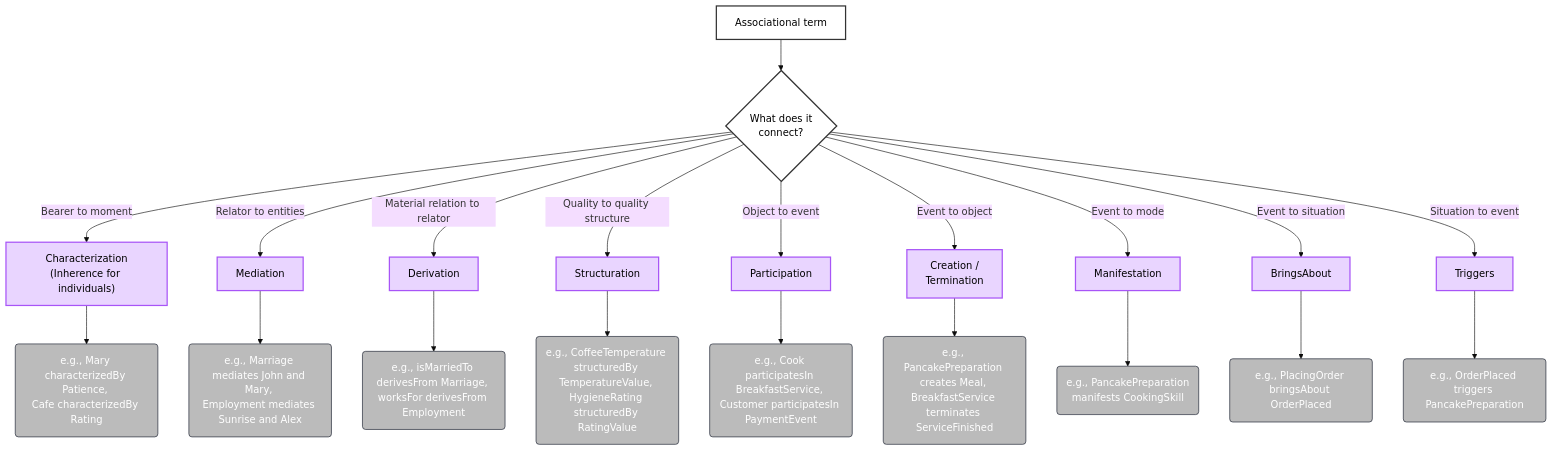
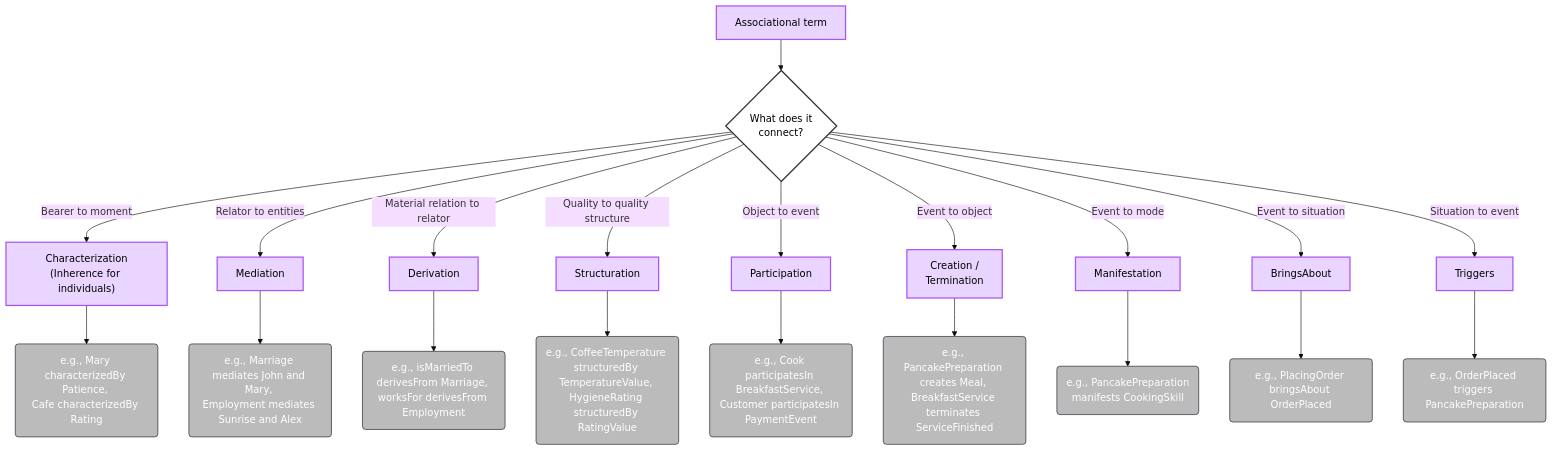
One commit to spdrnl/UFO-Modeling-Decision-Tree changed the diagram in decision-tree/04b-Association.mermaid. Above: the diagram before and after it, drawn with Mermaid (base theme). The commit also changed 15 other files, not shown here.

```diff
--- a/decision-tree/04b-Association.mermaid
+++ b/decision-tree/04b-Association.mermaid
@@ -1,49 +1,49 @@
 flowchart TD
     RT["Associational term"] --> FA1{What does it \nconnect?}
 
     FA1 -->|Bearer to moment| CHAR["Characterization\n(Inherence for individuals)"]
     FA1 -->|Relator to entities| MED[Mediation]
     FA1 -->|Material relation to relator| DER[Derivation]
     FA1 -->|Quality to quality structure| STRU[Structuration]
     FA1 -->|Object to event| PART[Participation]
     FA1 -->|Event to object| CRETERM["Creation / \nTermination"]
     FA1 -->|Event to mode| MAN[Manifestation]
     FA1 -->|Event to situation| BA[BringsAbout]
     FA1 -->|Situation to event| TRIG[Triggers]
 
     %% EXAMPLES - Fundamental Associations
     CHAR_ex("e.g., Mary \ncharacterizedBy Patience, \nCafe characterizedBy Rating"):::example
     CHAR --> CHAR_ex
 
     MED_ex("e.g., Marriage \nmediates John and Mary, \nEmployment mediates Sunrise and Alex"):::example
     MED --> MED_ex
 
     DER_ex("e.g., isMarriedTo \nderivesFrom Marriage, \nworksFor derivesFrom Employment"):::example
     DER --> DER_ex
 
     STRU_ex("e.g., CoffeeTemperature \nstructuredBy TemperatureValue, \nHygieneRating structuredBy RatingValue"):::example
     STRU --> STRU_ex
 
     PART_ex("e.g., Cook participatesIn BreakfastService, \nCustomer participatesIn PaymentEvent"):::example
     PART --> PART_ex
 
     CRETERM_ex("e.g., PancakePreparation \ncreates Meal, \nBreakfastService terminates ServiceFinished"):::example
     CRETERM --> CRETERM_ex
 
     MAN_ex("e.g., PancakePreparation \nmanifests CookingSkill"):::example
     MAN --> MAN_ex
 
     BA_ex("e.g., PlacingOrder \nbringsAbout OrderPlaced"):::example
     BA --> BA_ex
 
     TRIG_ex("e.g., OrderPlaced \ntriggers PancakePreparation"):::example
     TRIG --> TRIG_ex
 
     %% CLASSES
     classDef example fill:#BBBBBB,stroke:#111827,stroke-width:1px,color:#ffffff;
     classDef generic fill:#ffffff,stroke:#333,stroke-width:2px,color:#000;
     classDef fundamental fill:#e9d5ff,stroke:#a855f7,stroke-width:2px,color:#000;
 
     %% Apply styles
-    class RT,FA1 generic;
-    class CHAR,MED,DER,PART,STRU,CRETERM,MAN,BA,TRIG fundamental;
+    class FA1 generic;
+    class RT,CHAR,MED,DER,PART,STRU,CRETERM,MAN,BA,TRIG fundamental;
```
